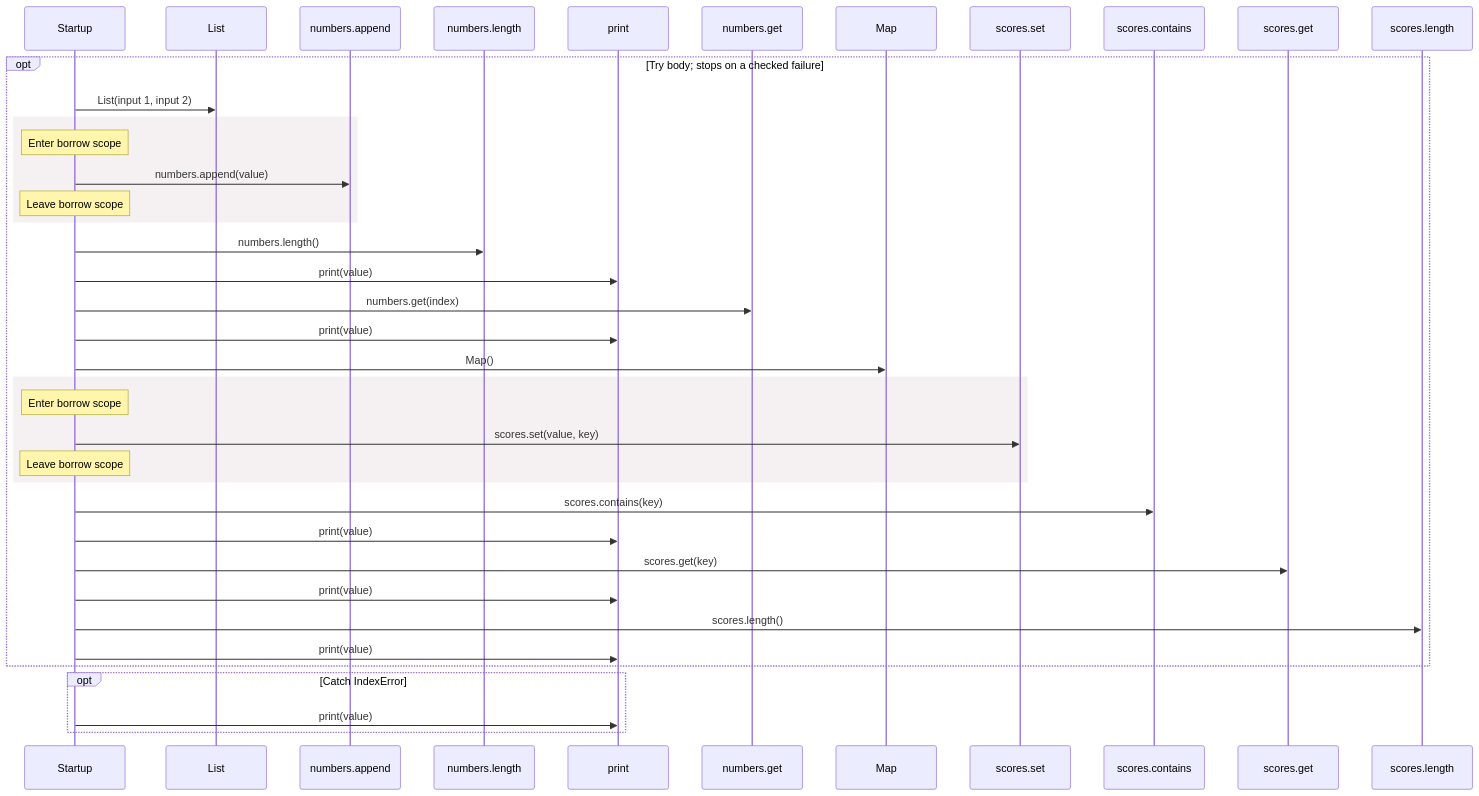
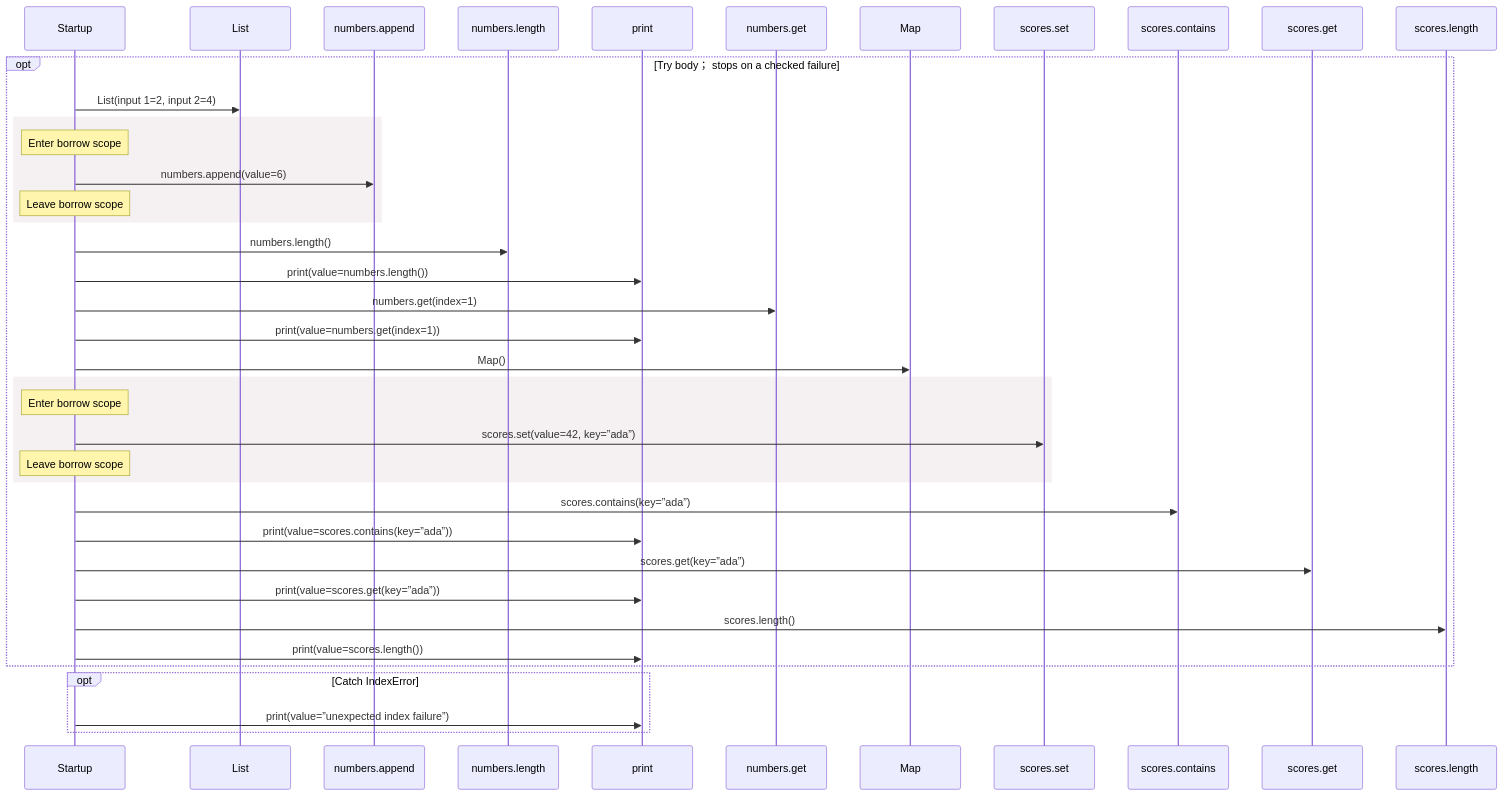
One commit to GreenPandaStudios/augscript changed the diagram in docs/examples/collections/main-diagrams.md. Above: the diagram before and after it, drawn with Mermaid. The commit also changed other lines of this file and 524 other files, not shown here.

Commit message:
Explain checked data flow at folder and service levels

````diff
--- a/docs/examples/collections/main-diagrams.md
+++ b/docs/examples/collections/main-diagrams.md
@@ -35,41 +28,41 @@
 ```mermaid
 sequenceDiagram
     participant p0 as Startup
     participant p1 as List
     participant p2 as numbers.append
     participant p3 as numbers.length
     participant p4 as print
     participant p5 as numbers.get
     participant p6 as Map
     participant p7 as scores.set
     participant p8 as scores.contains
     participant p9 as scores.get
     participant p10 as scores.length
-    opt Try body#59; stops on a checked failure
-    p0->>p1: List(input 1, input 2)
+    opt Try body； stops on a checked failure
+    p0->>p1: List(input 1=2, input 2=4)
     rect rgb(245, 240, 241)
     Note over p0: Enter borrow scope
-    p0->>p2: numbers.append(value)
+    p0->>p2: numbers.append(value=6)
     Note over p0: Leave borrow scope
     end
     p0->>p3: numbers.length()
-    p0->>p4: print(value)
-    p0->>p5: numbers.get(index)
-    p0->>p4: print(value)
+    p0->>p4: print(value=numbers.length())
+    p0->>p5: numbers.get(index=1)
+    p0->>p4: print(value=numbers.get(index=1))
     p0->>p6: Map()
     rect rgb(245, 240, 241)
     Note over p0: Enter borrow scope
-    p0->>p7: scores.set(value, key)
+    p0->>p7: scores.set(value=42, key=”ada”)
     Note over p0: Leave borrow scope
     end
-    p0->>p8: scores.contains(key)
-    p0->>p4: print(value)
-    p0->>p9: scores.get(key)
-    p0->>p4: print(value)
+    p0->>p8: scores.contains(key=”ada”)
+    p0->>p4: print(value=scores.contains(key=”ada”))
+    p0->>p9: scores.get(key=”ada”)
+    p0->>p4: print(value=scores.get(key=”ada”))
     p0->>p10: scores.length()
-    p0->>p4: print(value)
+    p0->>p4: print(value=scores.length())
     end
     opt Catch IndexError
-    p0->>p4: print(value)
+    p0->>p4: print(value=”unexpected index failure”)
     end
 ```
````
